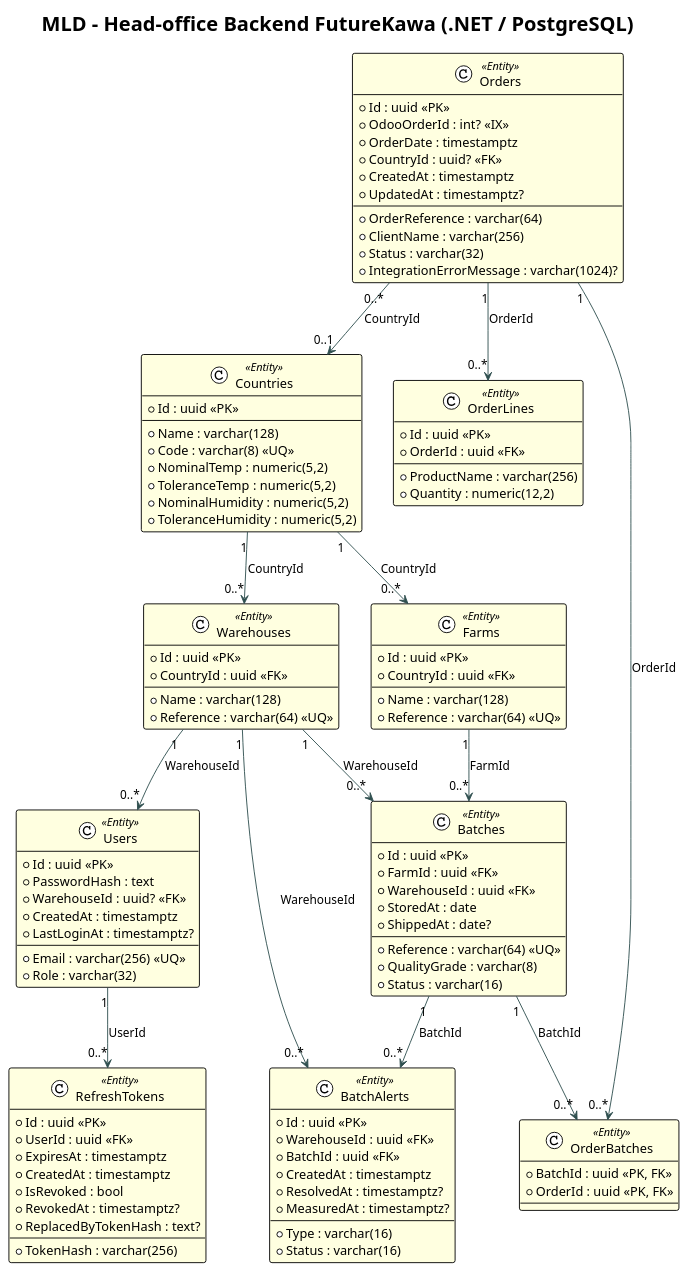
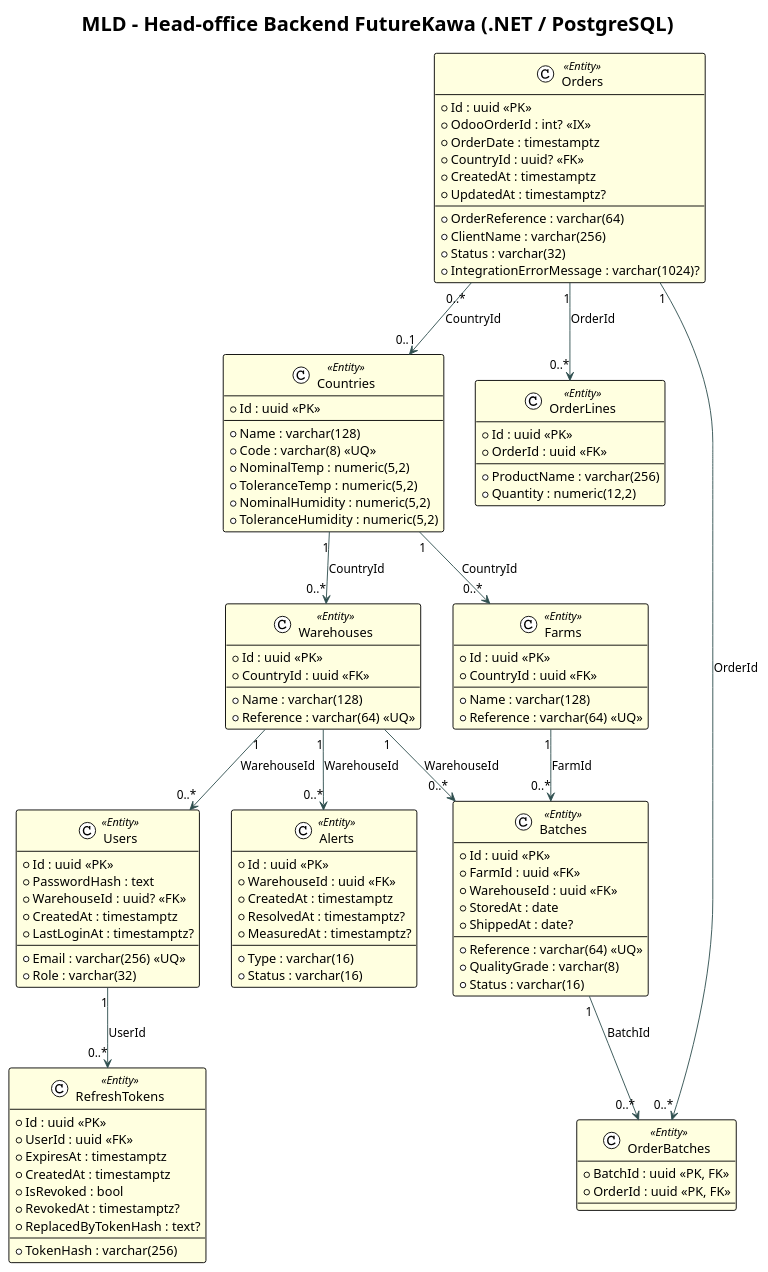
Before and after one commit to FutureKawa-Nte-G2/FutureKawa: the diagram in Documentation/diagrammes/mld_backend.puml, drawn with PlantUML. The commit also changed 32 other files, not shown here.

Commit message:
refactor(alerts): replace batch alerts with warehouse-level alerts

```diff
--- a/Documentation/diagrammes/mld_backend.puml
+++ b/Documentation/diagrammes/mld_backend.puml
@@ -1,118 +1,116 @@
 @startuml MLD_Backend_FutureKawa
 
 !theme plain
 
 title MLD - Head-office Backend FutureKawa (.NET / PostgreSQL)
 
 skinparam class {
     BackgroundColor<<Entity>> LightYellow
     ArrowColor DarkSlateGray
 }
 
 class "Users" as Users <<Entity>> {
   + Id : uuid <<PK>>
   + Email : varchar(256) <<UQ>>
   + PasswordHash : text
   + Role : varchar(32)
   + WarehouseId : uuid? <<FK>>
   + CreatedAt : timestamptz
   + LastLoginAt : timestamptz?
 }
 
 class "RefreshTokens" as RefreshTokens <<Entity>> {
   + Id : uuid <<PK>>
   + UserId : uuid <<FK>>
   + TokenHash : varchar(256)
   + ExpiresAt : timestamptz
   + CreatedAt : timestamptz
   + IsRevoked : bool
   + RevokedAt : timestamptz?
   + ReplacedByTokenHash : text?
 }
 
 class "Countries" as Countries <<Entity>> {
   + Id : uuid <<PK>>
   + Name : varchar(128)
   + Code : varchar(8) <<UQ>>
   + NominalTemp : numeric(5,2)
   + ToleranceTemp : numeric(5,2)
   + NominalHumidity : numeric(5,2)
   + ToleranceHumidity : numeric(5,2)
 }
 
 class "Farms" as Farms <<Entity>> {
   + Id : uuid <<PK>>
   + CountryId : uuid <<FK>>
   + Name : varchar(128)
   + Reference : varchar(64) <<UQ>>
 }
 
 class "Warehouses" as Warehouses <<Entity>> {
   + Id : uuid <<PK>>
   + CountryId : uuid <<FK>>
   + Name : varchar(128)
   + Reference : varchar(64) <<UQ>>
 }
 
 class "Batches" as Batches <<Entity>> {
   + Id : uuid <<PK>>
   + FarmId : uuid <<FK>>
   + WarehouseId : uuid <<FK>>
   + Reference : varchar(64) <<UQ>>
   + StoredAt : date
   + ShippedAt : date?
   + QualityGrade : varchar(8)
   + Status : varchar(16)
 }
 
-class "BatchAlerts" as BatchAlerts <<Entity>> {
+class "Alerts" as Alerts <<Entity>> {
   + Id : uuid <<PK>>
   + WarehouseId : uuid <<FK>>
-  + BatchId : uuid <<FK>>
   + Type : varchar(16)
   + Status : varchar(16)
   + CreatedAt : timestamptz
   + ResolvedAt : timestamptz?
   + MeasuredAt : timestamptz?
 }
 
 class "Orders" as Orders <<Entity>> {
   + Id : uuid <<PK>>
   + OdooOrderId : int? <<IX>>
   + OrderReference : varchar(64)
   + OrderDate : timestamptz
   + ClientName : varchar(256)
   + CountryId : uuid? <<FK>>
   + Status : varchar(32)
   + IntegrationErrorMessage : varchar(1024)?
   + CreatedAt : timestamptz
   + UpdatedAt : timestamptz?
 }
 
 class "OrderLines" as OrderLines <<Entity>> {
   + Id : uuid <<PK>>
   + OrderId : uuid <<FK>>
   + ProductName : varchar(256)
   + Quantity : numeric(12,2)
 }
 
 class "OrderBatches" as OrderBatches <<Entity>> {
   + BatchId : uuid <<PK, FK>>
   + OrderId : uuid <<PK, FK>>
 }
 
 ' Logical relationships (PK/FK)
 Users "1" --> "0..*" RefreshTokens : UserId
 Warehouses "1" --> "0..*" Users : WarehouseId
 Countries "1" --> "0..*" Farms : CountryId
 Countries "1" --> "0..*" Warehouses : CountryId
 Farms "1" --> "0..*" Batches : FarmId
 Warehouses "1" --> "0..*" Batches : WarehouseId
-Warehouses "1" --> "0..*" BatchAlerts : WarehouseId
-Batches "1" --> "0..*" BatchAlerts : BatchId
+Warehouses "1" --> "0..*" Alerts : WarehouseId
 Orders "1" --> "0..*" OrderLines : OrderId
 Orders "0..*" --> "0..1" Countries : CountryId
 Orders "1" --> "0..*" OrderBatches : OrderId
 Batches "1" --> "0..*" OrderBatches : BatchId
 
 @enduml
```
